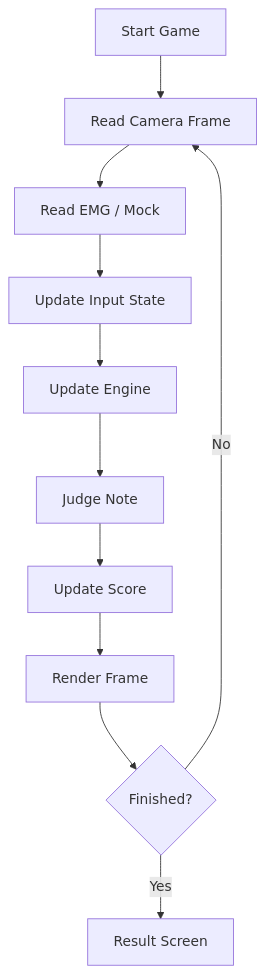
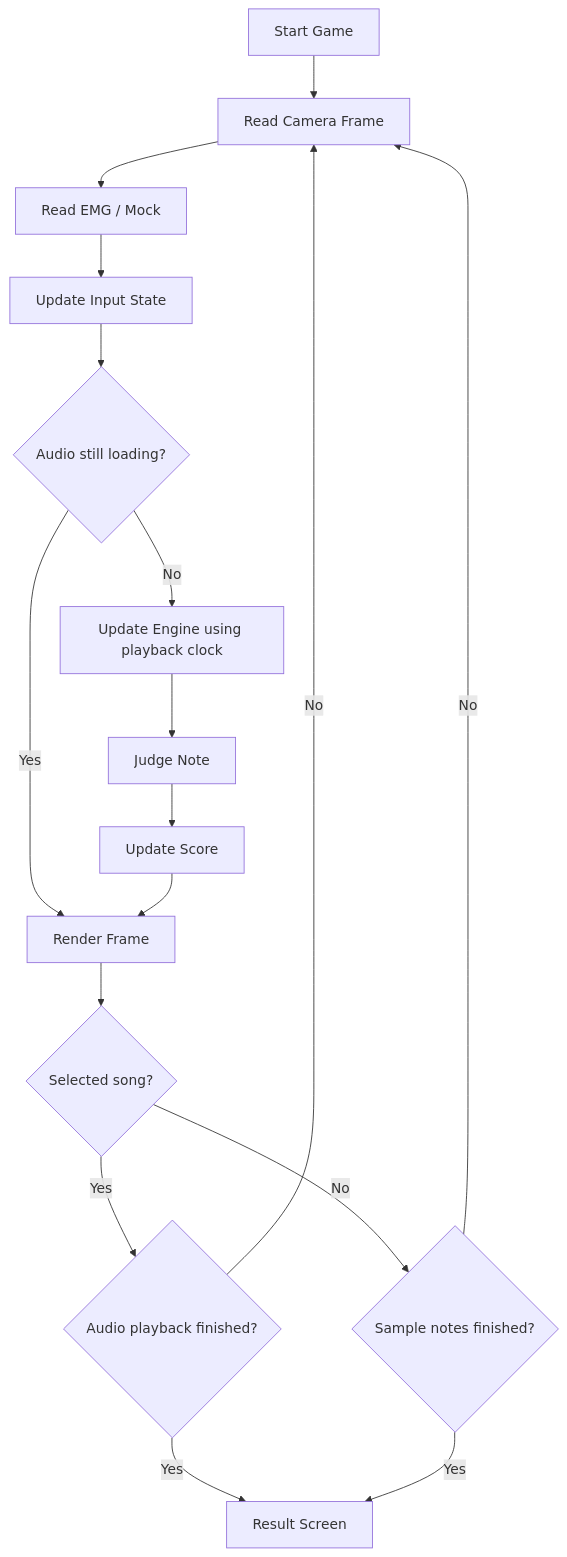
One commit to didtjr5080/Rythm-Game changed the diagram in diagrams/game-loop.md. Above: the diagram before and after it, drawn with Mermaid. The commit also changed other lines of this file and 41 other files, not shown here.

````diff
--- a/diagrams/game-loop.md
+++ b/diagrams/game-loop.md
@@ -3,13 +3,19 @@
 ```mermaid
 graph TD
     A[Start Game] --> B[Read Camera Frame]
     B --> C[Read EMG / Mock]
     C --> D[Update Input State]
-    D --> E[Update Engine]
+    D --> L{Audio still loading?}
+    L -- Yes --> H
+    L -- No --> E[Update Engine using playback clock]
     E --> F[Judge Note]
     F --> G[Update Score]
     G --> H[Render Frame]
-    H --> I{Finished?}
+    H --> K{Selected song?}
+    K -- Yes --> I{Audio playback finished?}
+    K -- No --> N{Sample notes finished?}
     I -- No --> B
     I -- Yes --> J[Result Screen]
+    N -- No --> B
+    N -- Yes --> J
 ```
````
